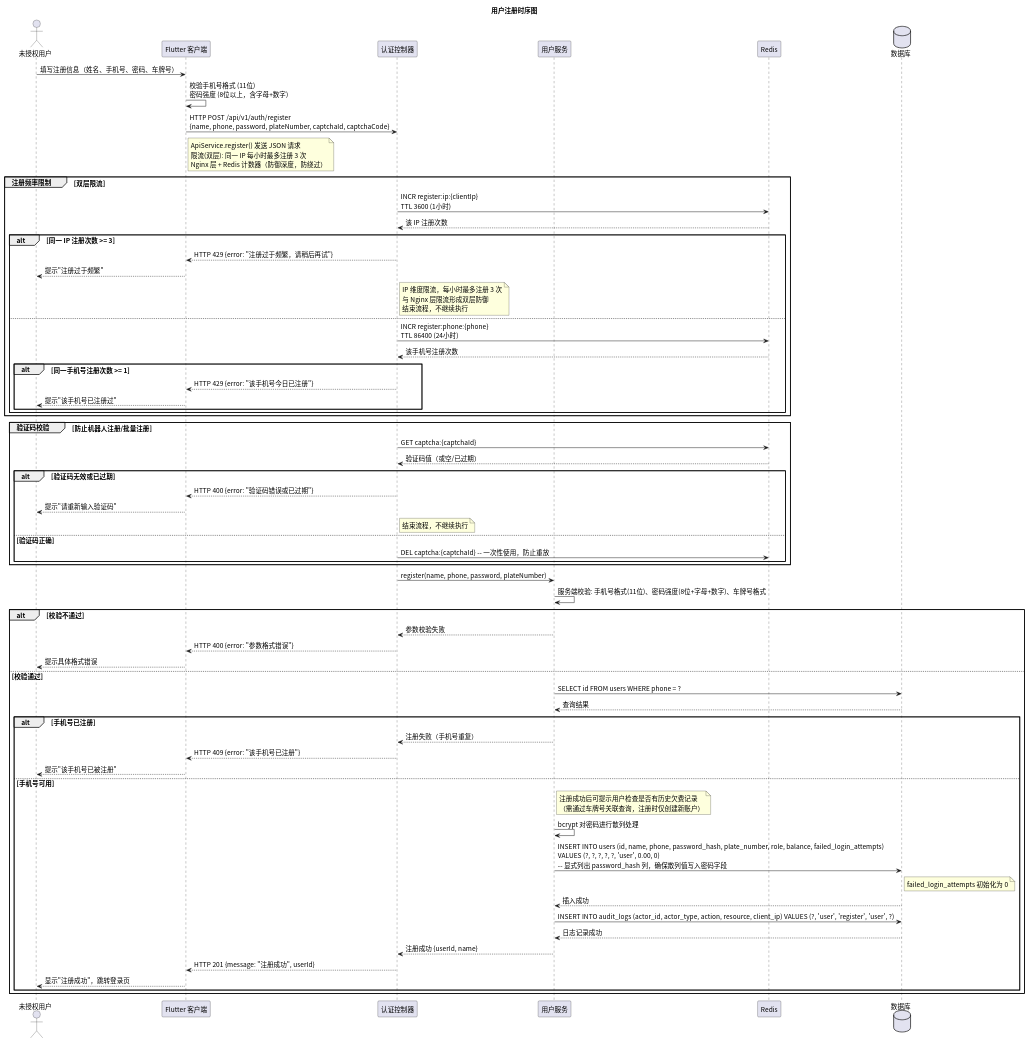
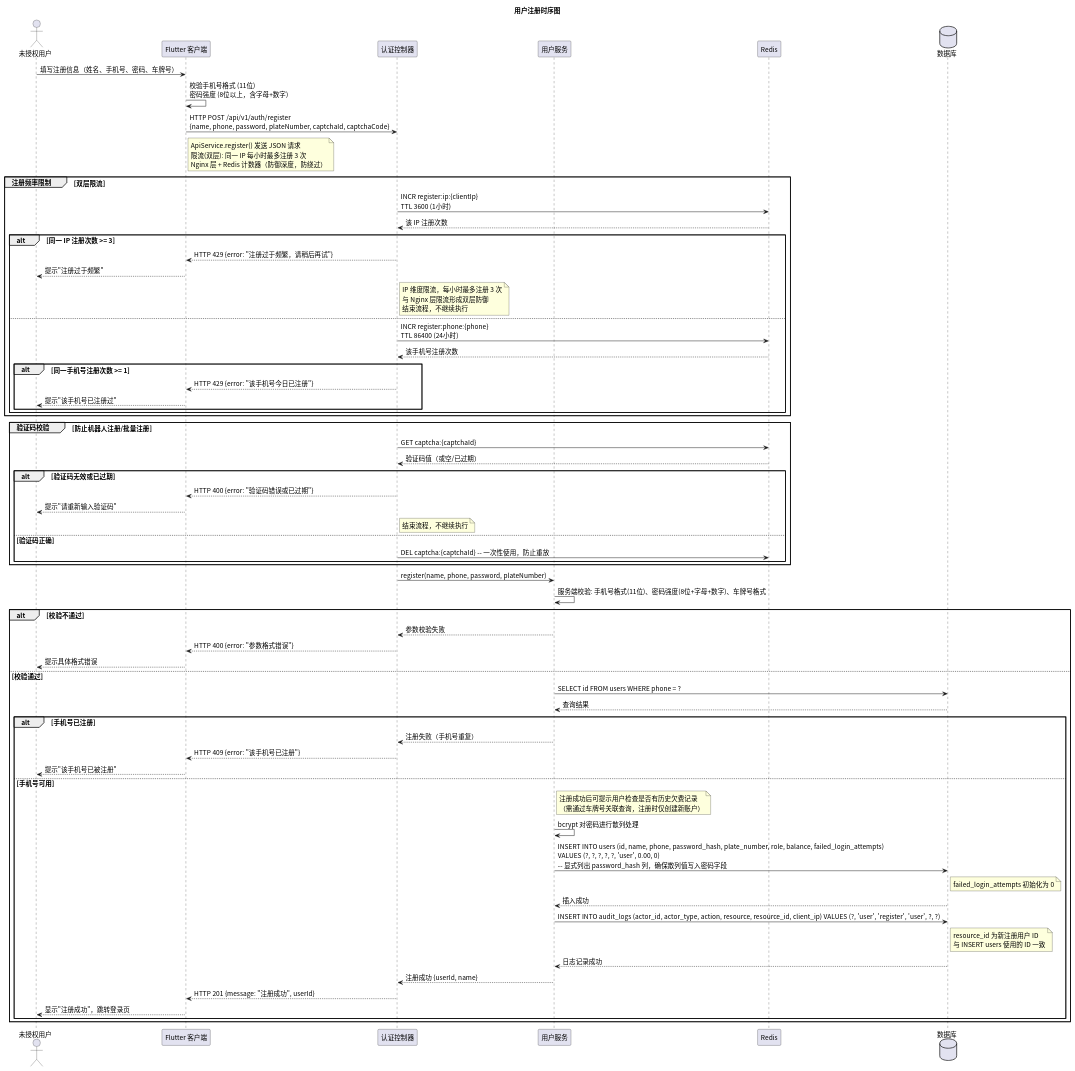
Before and after one commit to greenhandzdl/charging-station-doc: the diagram in time/src/sequence_register.puml, drawn with PlantUML. The commit also changed 18 other files, not shown here.

First line of the commit message:
fix: 第1轮评估修复完结 — 强制结束补充审计日志、密码重置时序图、安全注解补充

```diff
--- a/time/src/sequence_register.puml
+++ b/time/src/sequence_register.puml
@@ -1,79 +1,80 @@
 @startuml
 skinparam defaultFontName "Noto Sans CJK SC"
 skinparam defaultFontSize 14
 title 用户注册时序图
 
 ' 所有 SQL 操作使用 PreparedStatement 参数绑定，禁止字符串拼接
 actor 未授权用户 as U
 participant "Flutter 客户端" as FE
 participant "认证控制器" as Ctrl
 participant "用户服务" as US
 participant "Redis" as Cache
 database 数据库 as DB
 
 U -> FE: 填写注册信息（姓名、手机号、密码、车牌号）
 FE -> FE: 校验手机号格式 (11位)\n密码强度 (8位以上，含字母+数字)
 FE -> Ctrl: HTTP POST /api/v1/auth/register\n{name, phone, password, plateNumber, captchaId, captchaCode}
 note right FE : ApiService.register() 发送 JSON 请求\n限流(双层): 同一 IP 每小时最多注册 3 次\nNginx 层 + Redis 计数器（防御深度，防绕过）
 
 
 group 注册频率限制 [双层限流]
   Ctrl -> Cache: INCR register:ip:{clientIp}\nTTL 3600 (1小时)
   Cache --> Ctrl: 该 IP 注册次数
 
   alt 同一 IP 注册次数 >= 3
     Ctrl --> FE: HTTP 429 {error: "注册过于频繁，请稍后再试"}
     FE --> U: 提示"注册过于频繁"
     note right Ctrl : IP 维度限流，每小时最多注册 3 次\n与 Nginx 层限流形成双层防御\n结束流程，不继续执行
   else
     Ctrl -> Cache: INCR register:phone:{phone}\nTTL 86400 (24小时)
     Cache --> Ctrl: 该手机号注册次数
     alt 同一手机号注册次数 >= 1
       Ctrl --> FE: HTTP 429 {error: "该手机号今日已注册"}
       FE --> U: 提示"该手机号已注册过"
     end
   end
 end
 
 group 验证码校验 [防止机器人注册/批量注册]
   Ctrl -> Cache: GET captcha:{captchaId}
   Cache --> Ctrl: 验证码值（或空/已过期）
 
   alt 验证码无效或已过期
     Ctrl --> FE: HTTP 400 {error: "验证码错误或已过期"}
     FE --> U: 提示"请重新输入验证码"
     note right Ctrl : 结束流程，不继续执行
   else 验证码正确
     Ctrl -> Cache: DEL captcha:{captchaId} -- 一次性使用，防止重放
   end
 end
 
 Ctrl -> US: register(name, phone, password, plateNumber)
 US -> US: 服务端校验: 手机号格式(11位)、密码强度(8位+字母+数字)、车牌号格式
 
 alt 校验不通过
   US --> Ctrl: 参数校验失败
   Ctrl --> FE: HTTP 400 {error: "参数格式错误"}
   FE --> U: 提示具体格式错误
 else 校验通过
   US -> DB: SELECT id FROM users WHERE phone = ?
   DB --> US: 查询结果
 
   alt 手机号已注册
     US --> Ctrl: 注册失败（手机号重复）
     Ctrl --> FE: HTTP 409 {error: "该手机号已注册"}
     FE --> U: 提示"该手机号已被注册"
   else 手机号可用
     note right US : 注册成功后可提示用户检查是否有历史欠费记录\n（需通过车牌号关联查询，注册时仅创建新账户）
     US -> US: bcrypt 对密码进行散列处理
     US -> DB: INSERT INTO users (id, name, phone, password_hash, plate_number, role, balance, failed_login_attempts)\nVALUES (?, ?, ?, ?, ?, 'user', 0.00, 0)\n-- 显式列出 password_hash 列，确保散列值写入密码字段
     note right DB : failed_login_attempts 初始化为 0
     DB --> US: 插入成功
-    US -> DB: INSERT INTO audit_logs (actor_id, actor_type, action, resource, client_ip) VALUES (?, 'user', 'register', 'user', ?)
+    US -> DB: INSERT INTO audit_logs (actor_id, actor_type, action, resource, resource_id, client_ip) VALUES (?, 'user', 'register', 'user', ?, ?)
+    note right DB : resource_id 为新注册用户 ID\n与 INSERT users 使用的 ID 一致
     DB --> US: 日志记录成功
     US --> Ctrl: 注册成功 {userId, name}
     Ctrl --> FE: HTTP 201 {message: "注册成功", userId}
     FE --> U: 显示"注册成功"，跳转登录页
   end
 end
 @enduml
```
